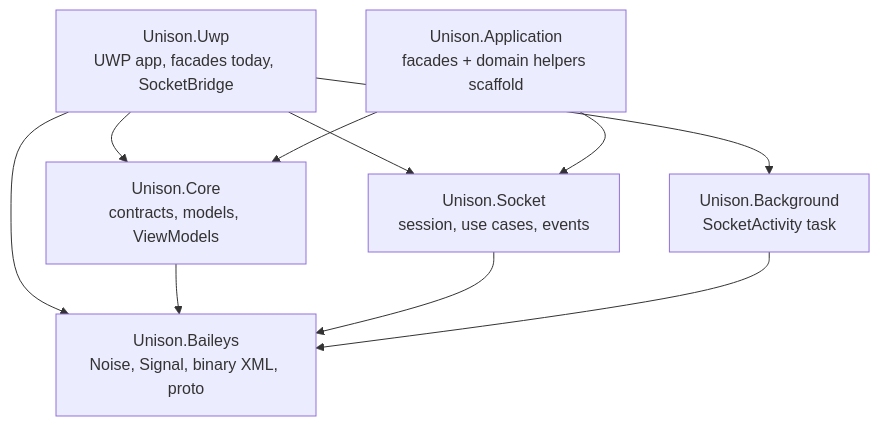
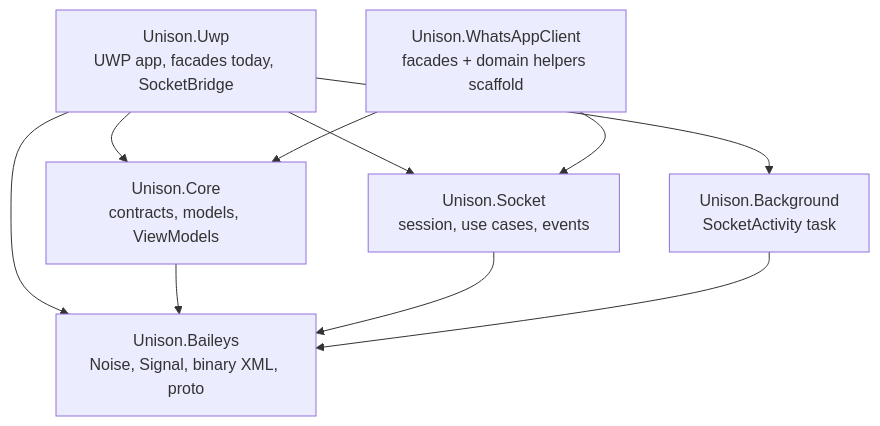
Before and after one commit to MaskNinjaSquared/Unison: the first of 2 diagrams in docs/wiki/Architecture.md, drawn with Mermaid. The commit also changed other lines of this file and 12 other files, not shown here.

Commit message:
refactor(whatsapp-client): move ProfileFacade into Unison.WhatsAppClient

````diff
--- a/docs/wiki/Architecture.md
+++ b/docs/wiki/Architecture.md
@@ -15,19 +15,19 @@
 ```mermaid
 flowchart TB
     Uwp["Unison.Uwp<br/>UWP app, facades today, SocketBridge"]
     Core["Unison.Core<br/>contracts, models, ViewModels"]
-    App["Unison.Application<br/>facades + domain helpers scaffold"]
+    App["Unison.WhatsAppClient<br/>facades + domain helpers scaffold"]
     Socket["Unison.Socket<br/>session, use cases, events"]
     Baileys["Unison.Baileys<br/>Noise, Signal, binary XML, proto"]
     Bg["Unison.Background<br/>SocketActivity task"]
 
     Uwp --> Core
     Uwp --> Socket
     Uwp --> Baileys
     Uwp --> Bg
     App --> Core
     App --> Socket
     Core --> Baileys
     Socket --> Baileys
     Bg --> Baileys
 ```
````
